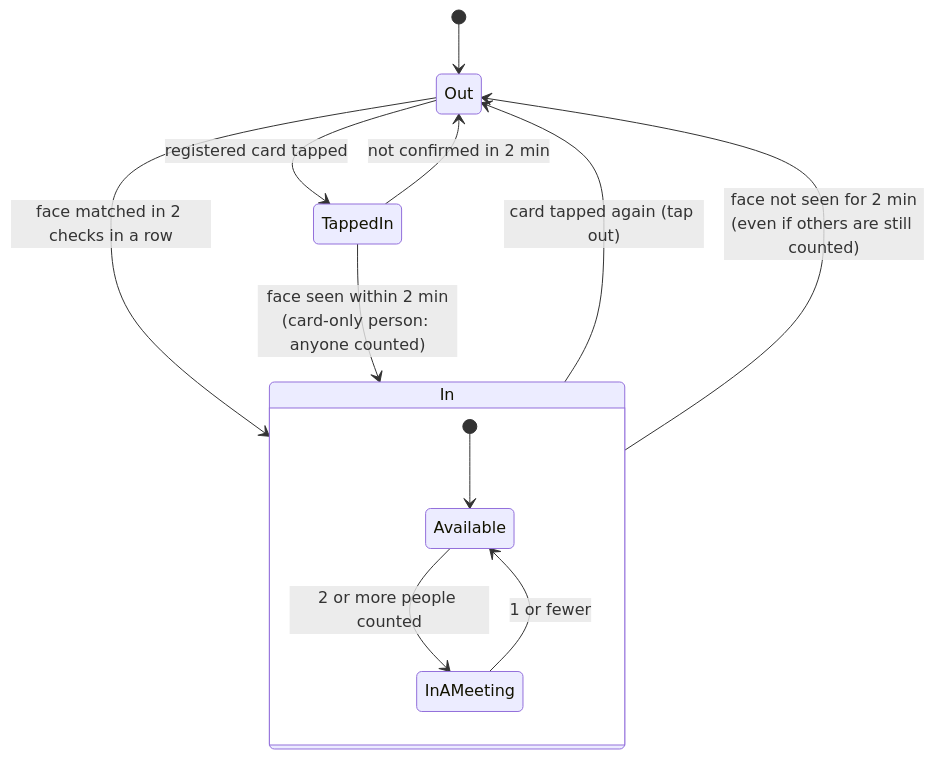
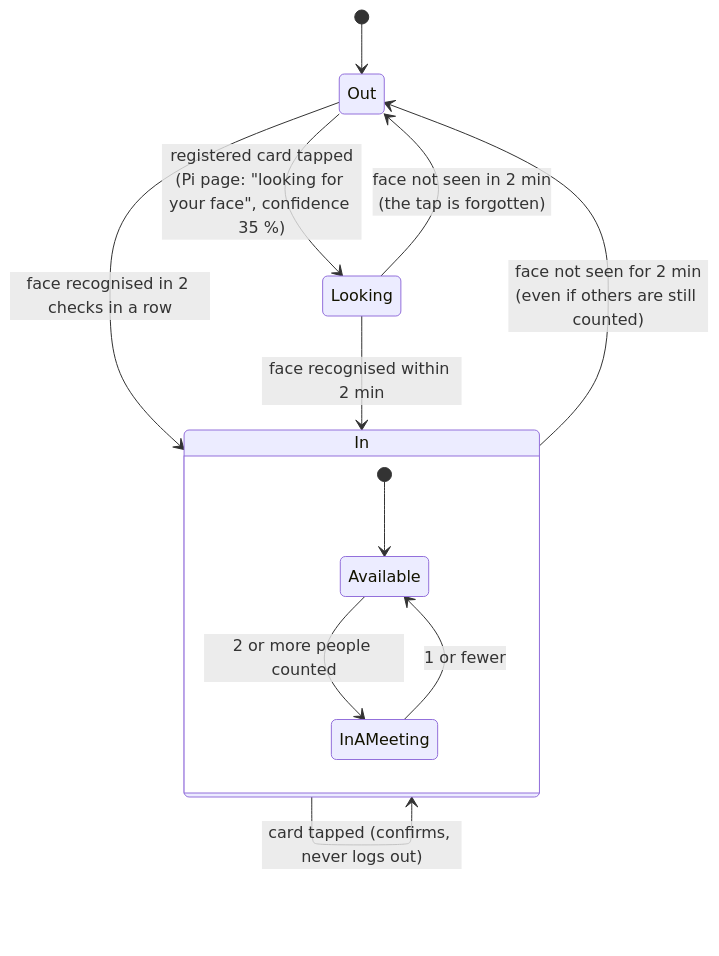
Before and after one commit to CodeSamhita/Smart-Cabin-An-IoT-Based-RealTime-Faculty-Availability-Monitoring-System: the third of 6 diagrams in v3/README.md, drawn with Mermaid. The commit also changed other lines of this file and 25 other files, not shown here.

````diff
--- a/v3/README.md
+++ b/v3/README.md
@@ -148,15 +150,15 @@
 ```mermaid
 stateDiagram-v2
     [*] --> Out
-    Out --> In: face matched in 2 checks in a row
-    Out --> TappedIn: registered card tapped
-    TappedIn --> In: face seen within 2 min<br/>(card-only person: anyone counted)
-    TappedIn --> Out: not confirmed in 2 min
-    In --> Out: card tapped again (tap out)
+    Out --> In: face recognised in 2 checks in a row
+    Out --> Looking: registered card tapped<br/>(Pi page: "looking for your face", confidence 35 %)
+    Looking --> In: face recognised within 2 min
+    Looking --> Out: face not seen in 2 min<br/>(the tap is forgotten)
+    In --> In: card tapped (confirms, never logs out)
     In --> Out: face not seen for 2 min<br/>(even if others are still counted)
     state In {
         [*] --> Available
         Available --> InAMeeting: 2 or more people counted
         InAMeeting --> Available: 1 or fewer
     }
 ```
````
